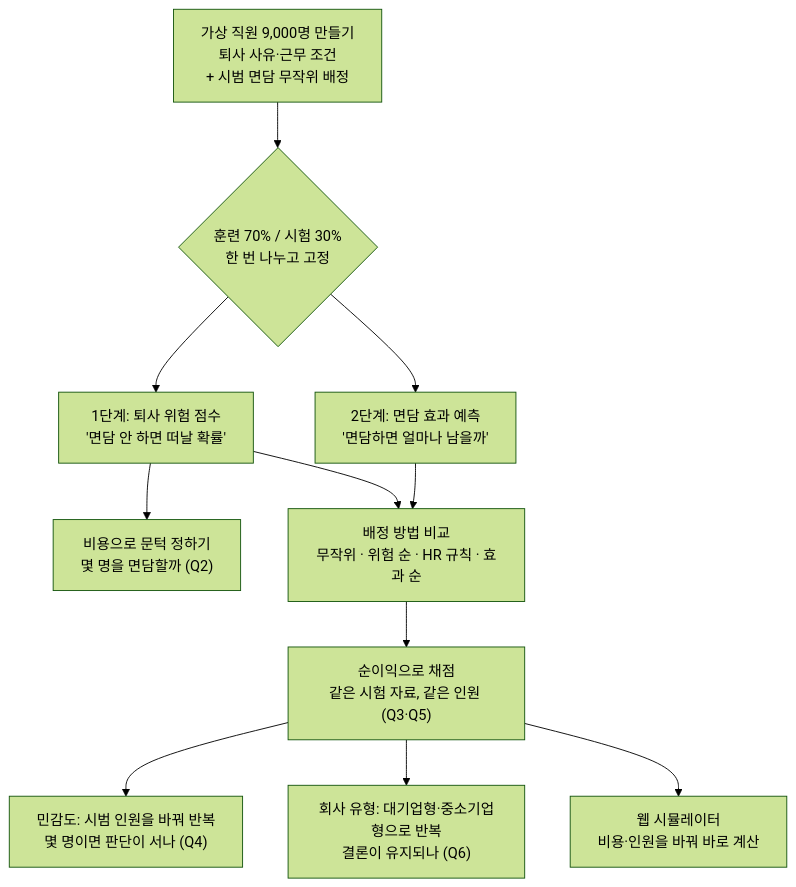
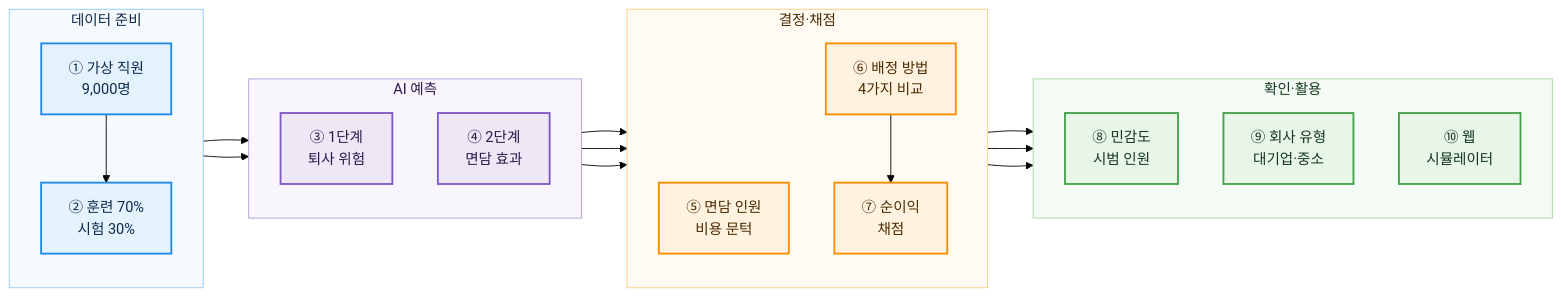
One commit to basco-git/aiffel-work changed the diagram in retention-planner/README.md. Above: the diagram before and after it, drawn with Mermaid (forest theme). The commit also changed other lines of this file, not shown here.

Commit message:
retention-planner: README 흐름도를 가로 방향·단계별 색 규칙으로 고침
- GitHub에서 한글이 잘리던 상자 글을 한 줄 6~7자로 줄임
- 데이터 준비 → AI 예측 → 결정·채점 → 확인·활용 네 묶음, 묶음마다 색 규칙
- 번호별 설명 표를 흐름도 아래에 둠

````diff
--- a/retention-planner/README.md
+++ b/retention-planner/README.md
@@ -155,13 +155,46 @@
 ```mermaid
-flowchart TD
-  A["가상 직원 9,000명 만들기<br/>퇴사 사유·근무 조건<br/>+ 시범 면담 무작위 배정"] --> B{"훈련 70% / 시험 30%<br/>한 번 나누고 고정"}
-  B --> C["1단계: 퇴사 위험 점수<br/>'면담 안 하면 떠날 확률'"]
-  C --> D["비용으로 문턱 정하기<br/>몇 명을 면담할까 (Q2)"]
-  B --> E["2단계: 면담 효과 예측<br/>'면담하면 얼마나 남을까'"]
-  C --> F["배정 방법 비교<br/>무작위 · 위험 순 · HR 규칙 · 효과 순"]
+flowchart LR
+  subgraph S1["데이터 준비"]
+    direction TB
+    A["① 가상 직원<br/>9,000명"] --> B["② 훈련 70%<br/>시험 30%"]
+  end
+  subgraph S2["AI 예측"]
+    direction TB
+    C["③ 1단계<br/>퇴사 위험"]
+    E["④ 2단계<br/>면담 효과"]
+  end
+  subgraph S3["결정·채점"]
+    direction TB
+    D["⑤ 면담 인원<br/>비용 문턱"]
+    F["⑥ 배정 방법<br/>4가지 비교"]
+    G["⑦ 순이익<br/>채점"]
+  end
+  subgraph S4["확인·활용"]
+    direction TB
+    H["⑧ 민감도<br/>시범 인원"]
+    J["⑨ 회사 유형<br/>대기업·중소"]
+    I["⑩ 웹<br/>시뮬레이터"]
+  end
+  B --> C
+  B --> E
+  C --> D
+  C --> F
   E --> F
-  F --> G["순이익으로 채점<br/>같은 시험 자료, 같은 인원 (Q3·Q5)"]
-  G --> H["민감도: 시범 인원을 바꿔 반복<br/>몇 명이면 판단이 서나 (Q4)"]
-  G --> J["회사 유형: 대기업형·중소기업형으로 반복<br/>결론이 유지되나 (Q6)"]
-  G --> I["웹 시뮬레이터<br/>비용·인원을 바꿔 바로 계산"]
+  F --> G
+  G --> H
+  G --> J
+  G --> I
+
+  classDef data fill:#E3F2FD,stroke:#1E88E5,stroke-width:2px,color:#0D2A4A
+  classDef model fill:#EDE7F6,stroke:#7E57C2,stroke-width:2px,color:#2A1A4A
+  classDef decide fill:#FFF3E0,stroke:#FB8C00,stroke-width:2px,color:#4A2A00
+  classDef check fill:#E8F5E9,stroke:#43A047,stroke-width:2px,color:#14381A
+  class A,B data
+  class C,E model
+  class D,F,G decide
+  class H,J,I check
+  style S1 fill:#F5FAFF,stroke:#90CAF9,color:#0D2A4A
+  style S2 fill:#F8F5FD,stroke:#B39DDB,color:#2A1A4A
+  style S3 fill:#FFFAF2,stroke:#FFCC80,color:#4A2A00
+  style S4 fill:#F4FBF4,stroke:#A5D6A7,color:#14381A
 ```
````
